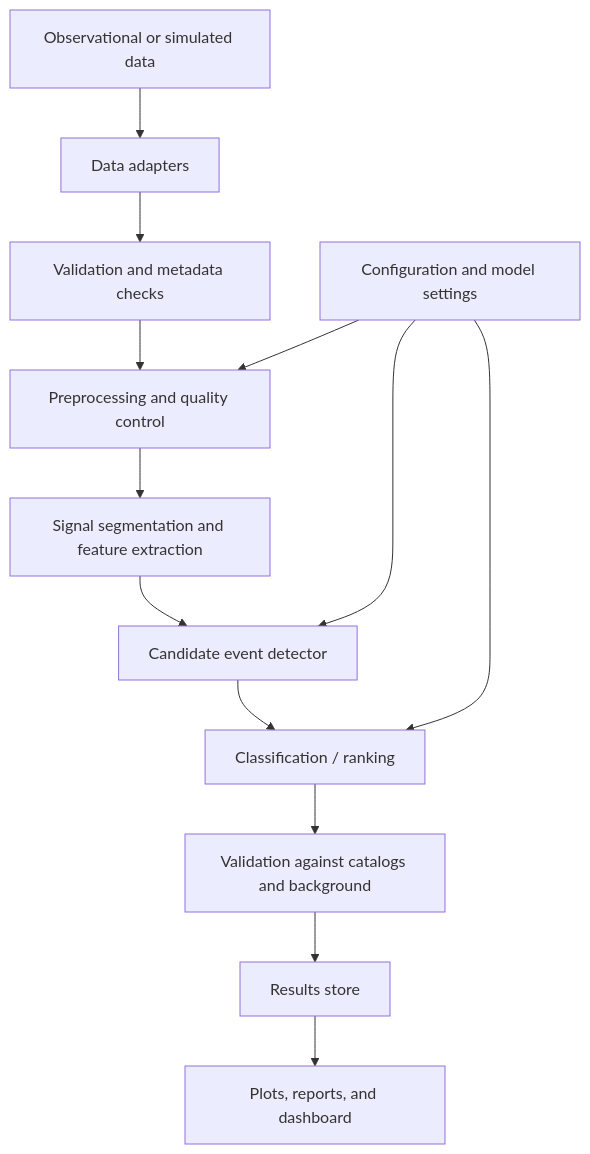
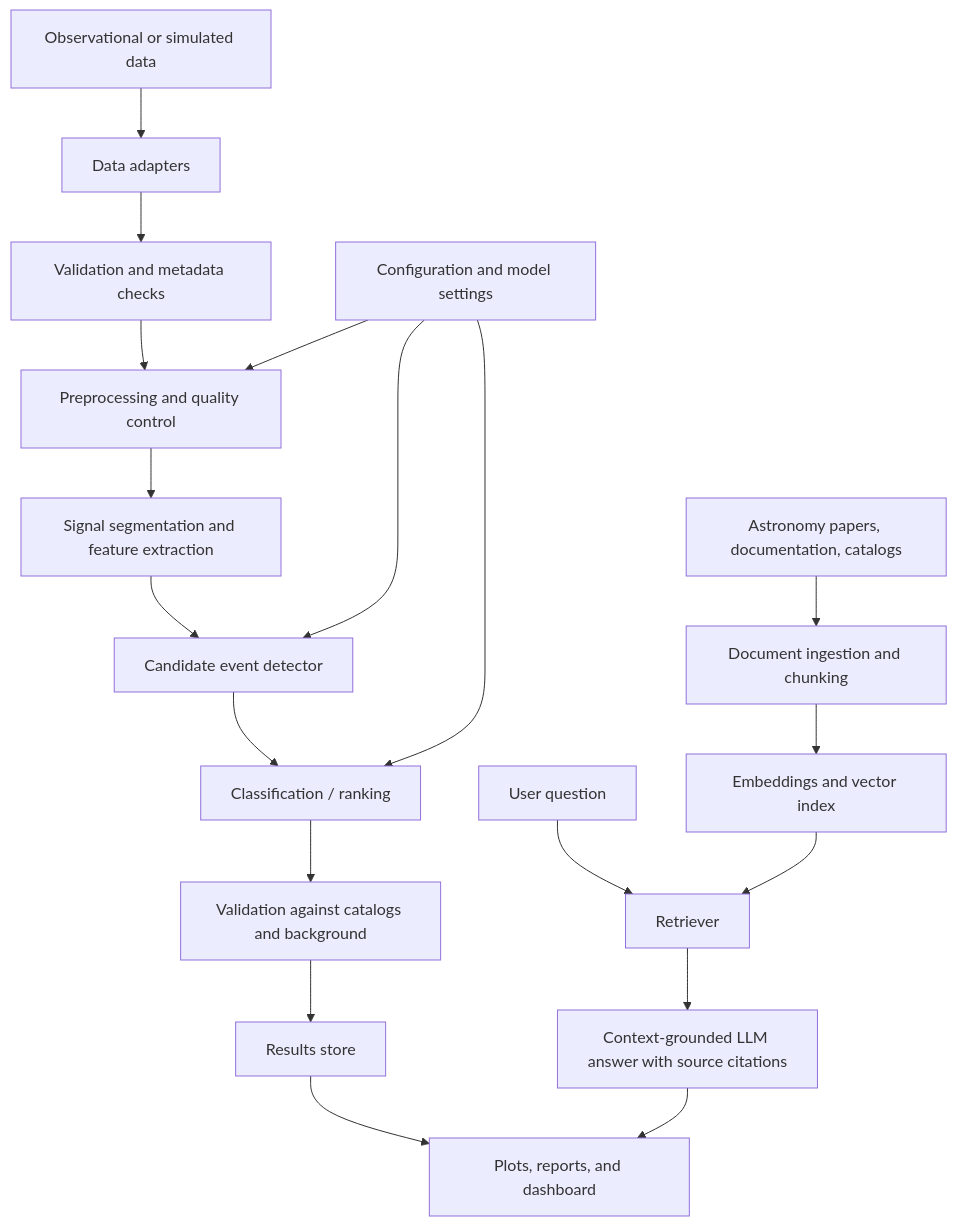
One commit to Prajakta901/Celestial changed the first of 2 diagrams in README.md. Above: the diagram before and after it, drawn with Mermaid. The commit also changed other lines of this file, not shown here.

````diff
--- a/README.md
+++ b/README.md
@@ -46,15 +48,21 @@
 ```mermaid
 flowchart TD
     A[Observational or simulated data] --> B[Data adapters]
     B --> C[Validation and metadata checks]
     C --> D[Preprocessing and quality control]
     D --> E[Signal segmentation and feature extraction]
     E --> F[Candidate event detector]
     F --> G[Classification / ranking]
     G --> H[Validation against catalogs and background]
     H --> I[Results store]
     I --> J[Plots, reports, and dashboard]
     K[Configuration and model settings] --> D
     K --> F
     K --> G
+    L[Astronomy papers, documentation, catalogs] --> M[Document ingestion and chunking]
+    M --> N[Embeddings and vector index]
+    O[User question] --> P[Retriever]
+    N --> P
+    P --> Q[Context-grounded LLM answer with source citations]
+    Q --> J
 ```
````
